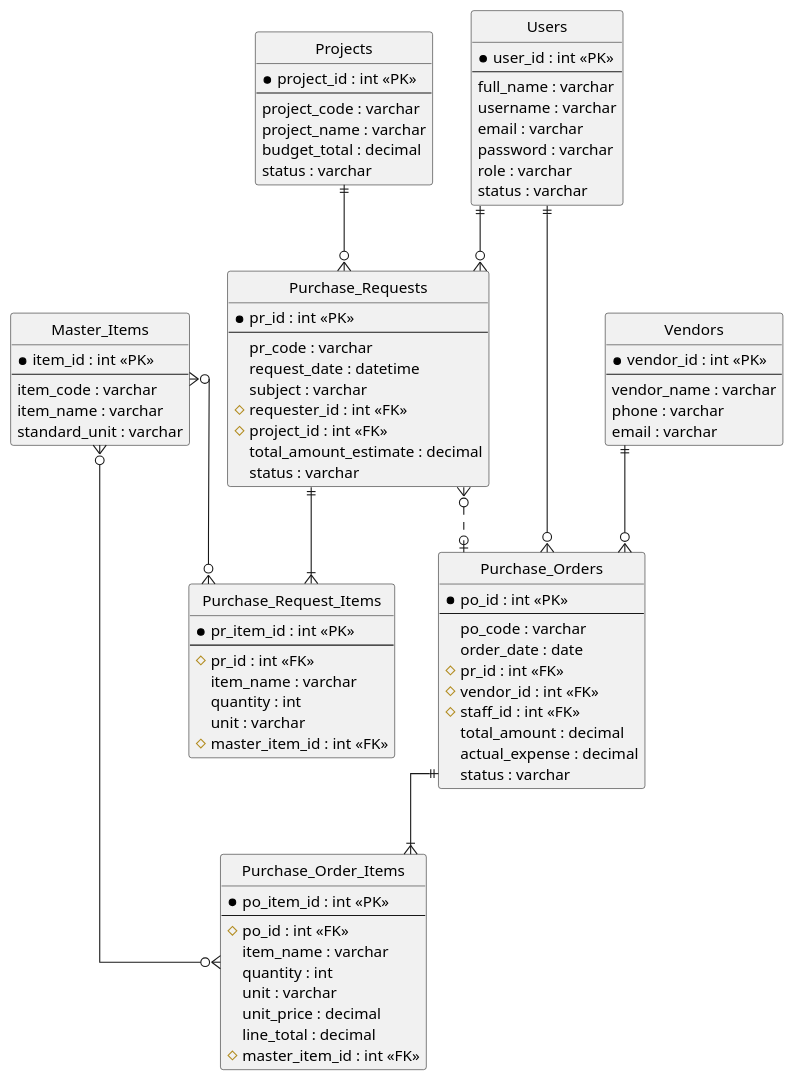
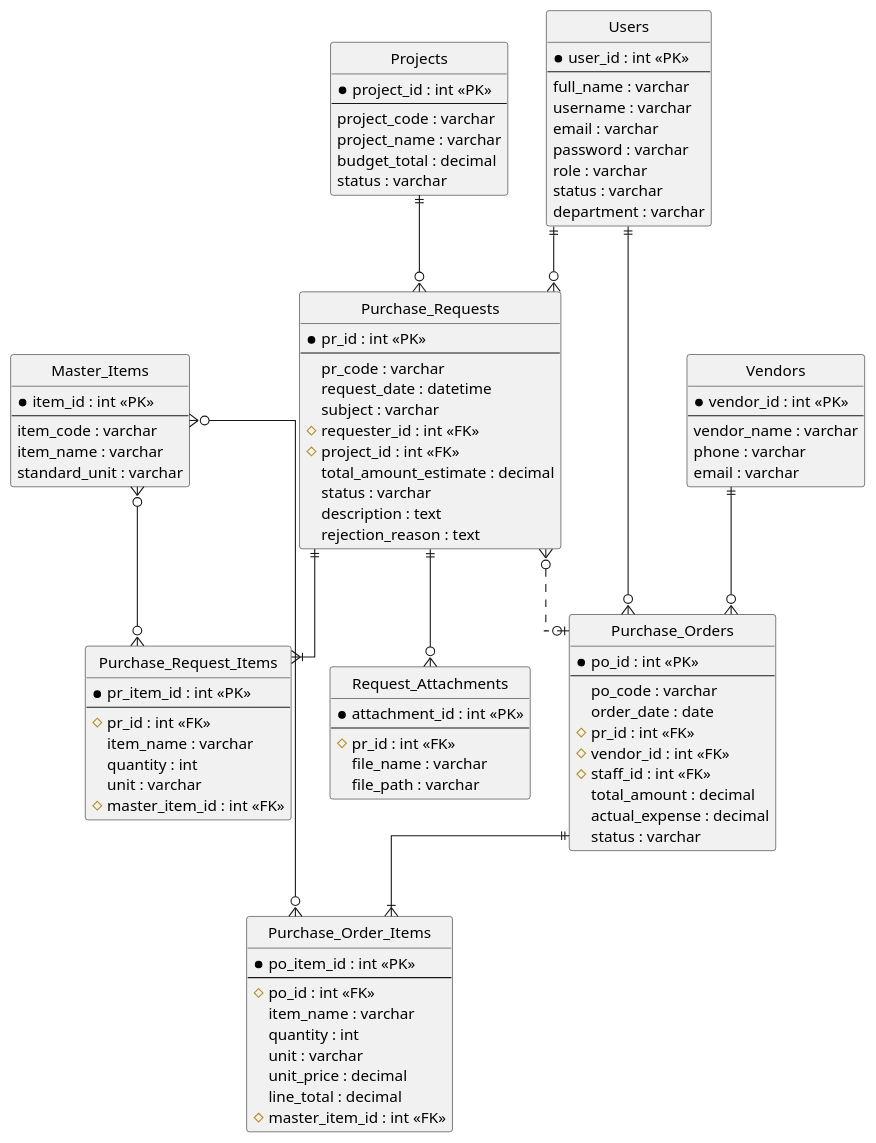
One commit to Thavizup-Deesan/DSSI-PROJECT-2568 changed the diagram in Diagram/ER Diagram.puml. Above: the diagram before and after it, drawn with PlantUML.

Commit message:
Add initial project files

```diff
--- a/Diagram/ER Diagram.puml
+++ b/Diagram/ER Diagram.puml
@@ -1,102 +1,116 @@
 @startuml
-' hide the spot
 hide circle
 
-' avoid problems with angled crows feet
 skinparam linetype ortho
 
 entity "Users" as users {
   *user_id : int <<PK>>
   --
   full_name : varchar
   username : varchar
   email : varchar
   password : varchar
   role : varchar
   status : varchar
+  department : varchar
 }
 
 entity "Projects" as projects {
   *project_id : int <<PK>>
   --
   project_code : varchar
   project_name : varchar
   budget_total : decimal
   status : varchar
 }
 
 entity "Vendors" as vendors {
   *vendor_id : int <<PK>>
   --
   vendor_name : varchar
   phone : varchar
   email : varchar
 }
 
 entity "Master_Items" as master_items {
   *item_id : int <<PK>>
   --
   item_code : varchar
   item_name : varchar
   standard_unit : varchar
 }
 
 entity "Purchase_Requests" as pr {
   *pr_id : int <<PK>>
   --
   pr_code : varchar
   request_date : datetime
   subject : varchar
   #requester_id : int <<FK>>
   #project_id : int <<FK>>
   total_amount_estimate : decimal
   status : varchar
+  description : text
+  rejection_reason : text
 }
 
 entity "Purchase_Request_Items" as pr_items {
   *pr_item_id : int <<PK>>
   --
   #pr_id : int <<FK>>
   item_name : varchar
   quantity : int
   unit : varchar
   #master_item_id : int <<FK>>
 }
+
+
+entity "Request_Attachments" as attachments {
+    *attachment_id : int <<PK>>
+    --
+    #pr_id : int <<FK>>
+    file_name : varchar
+    file_path : varchar
+}
+
 
 entity "Purchase_Orders" as po {
   *po_id : int <<PK>>
   --
   po_code : varchar
   order_date : date
   #pr_id : int <<FK>>
   #vendor_id : int <<FK>>
   #staff_id : int <<FK>>
   total_amount : decimal
   actual_expense : decimal
   status : varchar
 }
 
 entity "Purchase_Order_Items" as po_items {
   *po_item_id : int <<PK>>
   --
   #po_id : int <<FK>>
   item_name : varchar
   quantity : int
   unit : varchar
   unit_price : decimal
   line_total : decimal
   #master_item_id : int <<FK>>
 }
 
 users ||--o{ pr
 projects ||--o{ pr
 pr ||--|{ pr_items
 master_items }o--o{ pr_items
 
+
+pr ||--o{ attachments
+
 pr }o..o| po
 vendors ||--o{ po
 users ||--o{ po
 po ||--|{ po_items
 master_items }o--o{ po_items
 
 @enduml
```
